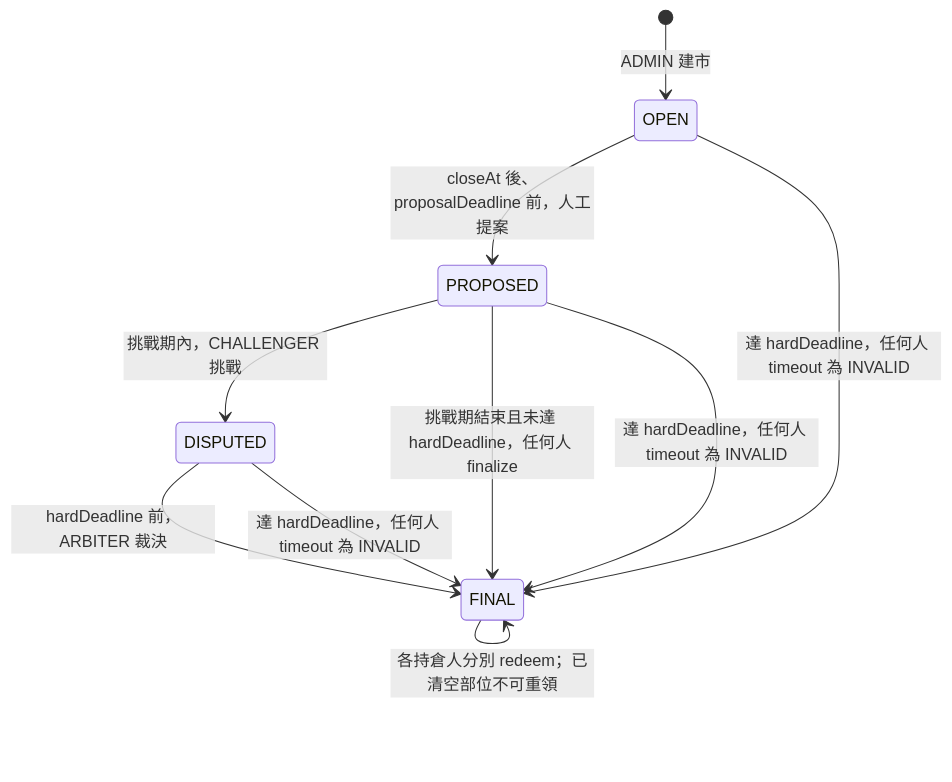
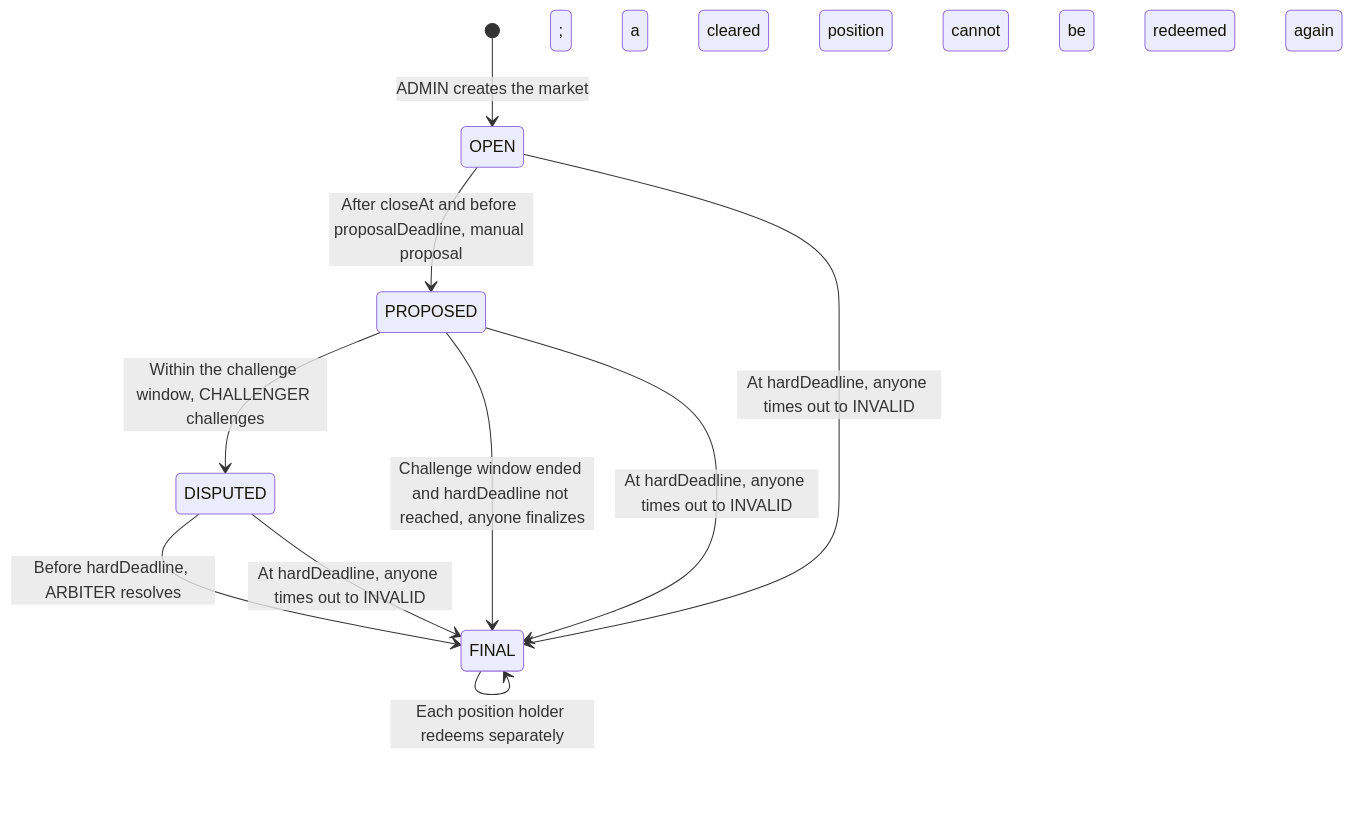
Before and after one commit to Blink-Markets/blinkmarket: the fourth of 5 diagrams in docs/ARCHITECTURE_GUIDE.md, drawn with Mermaid. The commit also changed other lines of this file and 54 other files, not shown here.

````diff
--- a/docs/ARCHITECTURE_GUIDE.md
+++ b/docs/ARCHITECTURE_GUIDE.md
@@ -160,12 +160,12 @@
 ```mermaid
 stateDiagram-v2
-    [*] --> OPEN: ADMIN 建市
-    OPEN --> PROPOSED: closeAt 後、proposalDeadline 前，人工提案
-    PROPOSED --> DISPUTED: 挑戰期內，CHALLENGER 挑戰
-    PROPOSED --> FINAL: 挑戰期結束且未達 hardDeadline，任何人 finalize
-    DISPUTED --> FINAL: hardDeadline 前，ARBITER 裁決
-    OPEN --> FINAL: 達 hardDeadline，任何人 timeout 為 INVALID
-    PROPOSED --> FINAL: 達 hardDeadline，任何人 timeout 為 INVALID
-    DISPUTED --> FINAL: 達 hardDeadline，任何人 timeout 為 INVALID
-    FINAL --> FINAL: 各持倉人分別 redeem；已清空部位不可重領
+    [*] --> OPEN: ADMIN creates the market
+    OPEN --> PROPOSED: After closeAt and before proposalDeadline, manual proposal
+    PROPOSED --> DISPUTED: Within the challenge window, CHALLENGER challenges
+    PROPOSED --> FINAL: Challenge window ended and hardDeadline not reached, anyone finalizes
+    DISPUTED --> FINAL: Before hardDeadline, ARBITER resolves
+    OPEN --> FINAL: At hardDeadline, anyone times out to INVALID
+    PROPOSED --> FINAL: At hardDeadline, anyone times out to INVALID
+    DISPUTED --> FINAL: At hardDeadline, anyone times out to INVALID
+    FINAL --> FINAL: Each position holder redeems separately; a cleared position cannot be redeemed again
 ```
````
